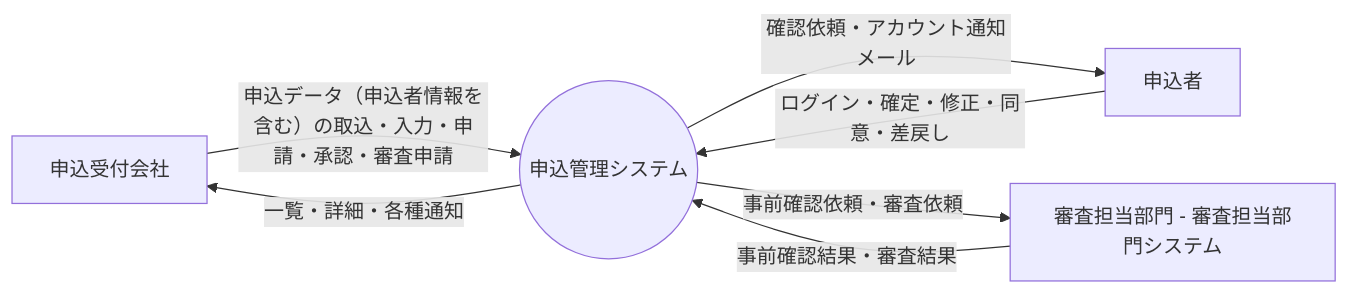
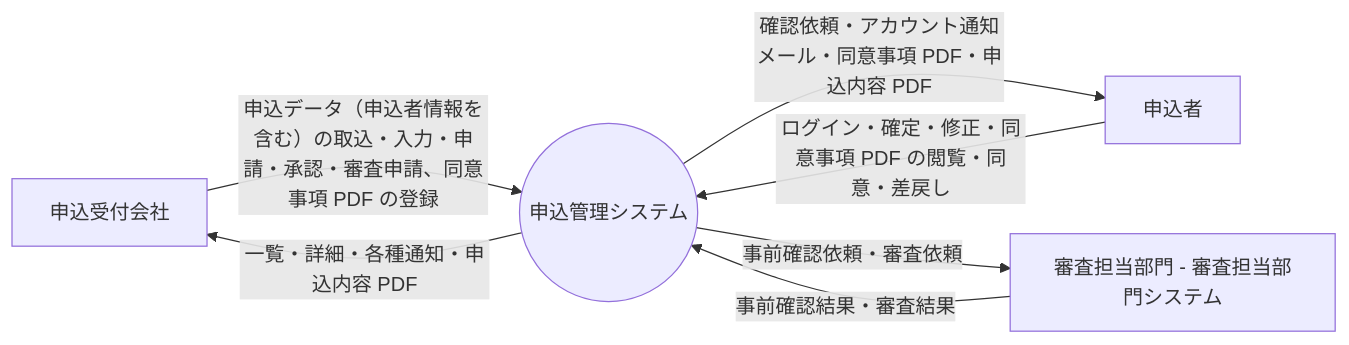
The first of 2 diagrams in docs/basic-design/05-data-flow.md (yasudaProduct/JavaServletSample2), drawn with Mermaid before and after one commit. The commit also changed other lines of this file and 15 other files, not shown here.

````diff
--- a/docs/basic-design/05-data-flow.md
+++ b/docs/basic-design/05-data-flow.md
@@ -11,13 +11,13 @@
 ```mermaid
 flowchart LR
     EMP[申込受付会社]
     APP[申込者]
     EXT[審査担当部門 - 審査担当部門システム]
     SYS((申込管理システム))
-    EMP -- 申込データ（申込者情報を含む）の取込・入力・申請・承認・審査申請 --> SYS
-    SYS -- 一覧・詳細・各種通知 --> EMP
-    SYS -- 確認依頼・アカウント通知メール --> APP
-    APP -- ログイン・確定・修正・同意・差戻し --> SYS
+    EMP -- 申込データ（申込者情報を含む）の取込・入力・申請・承認・審査申請、同意事項 PDF の登録 --> SYS
+    SYS -- 一覧・詳細・各種通知・申込内容 PDF --> EMP
+    SYS -- 確認依頼・アカウント通知メール・同意事項 PDF・申込内容 PDF --> APP
+    APP -- ログイン・確定・修正・同意事項 PDF の閲覧・同意・差戻し --> SYS
     SYS -- 事前確認依頼・審査依頼 --> EXT
     EXT -- 事前確認結果・審査結果 --> SYS
 ```
````
